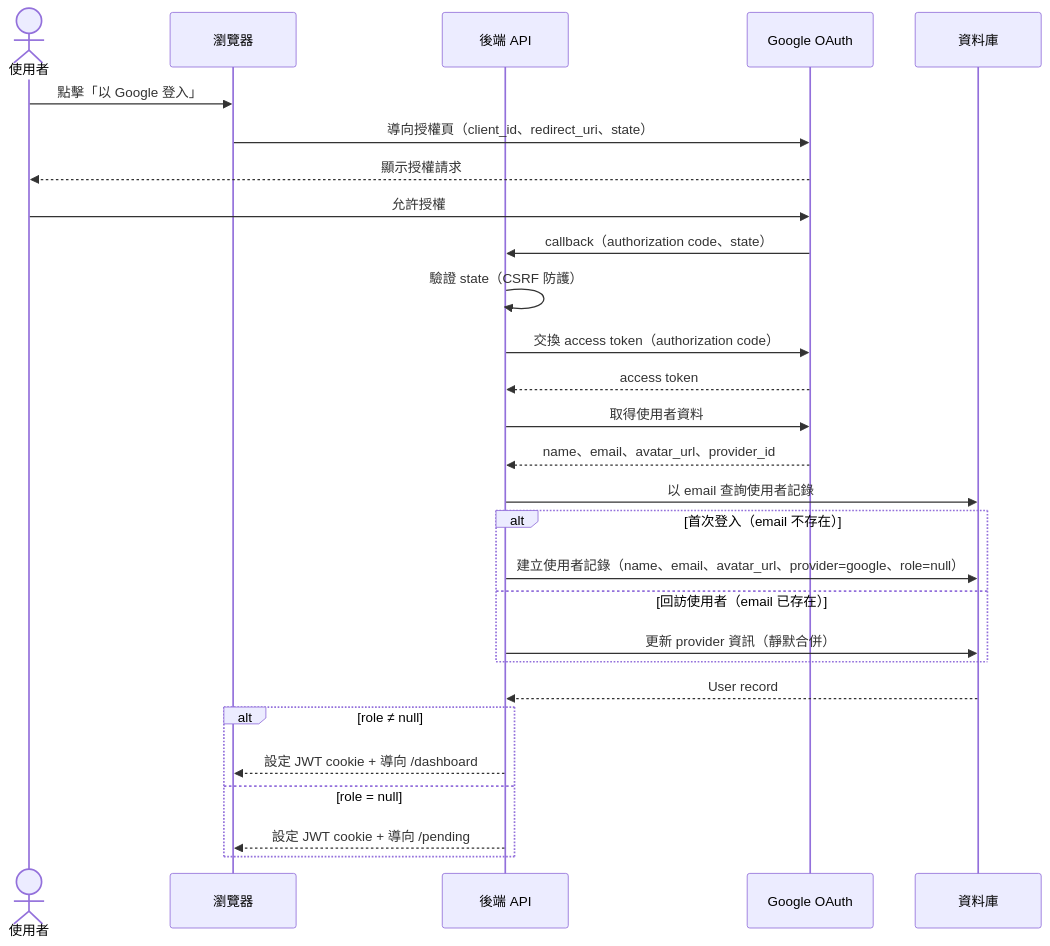
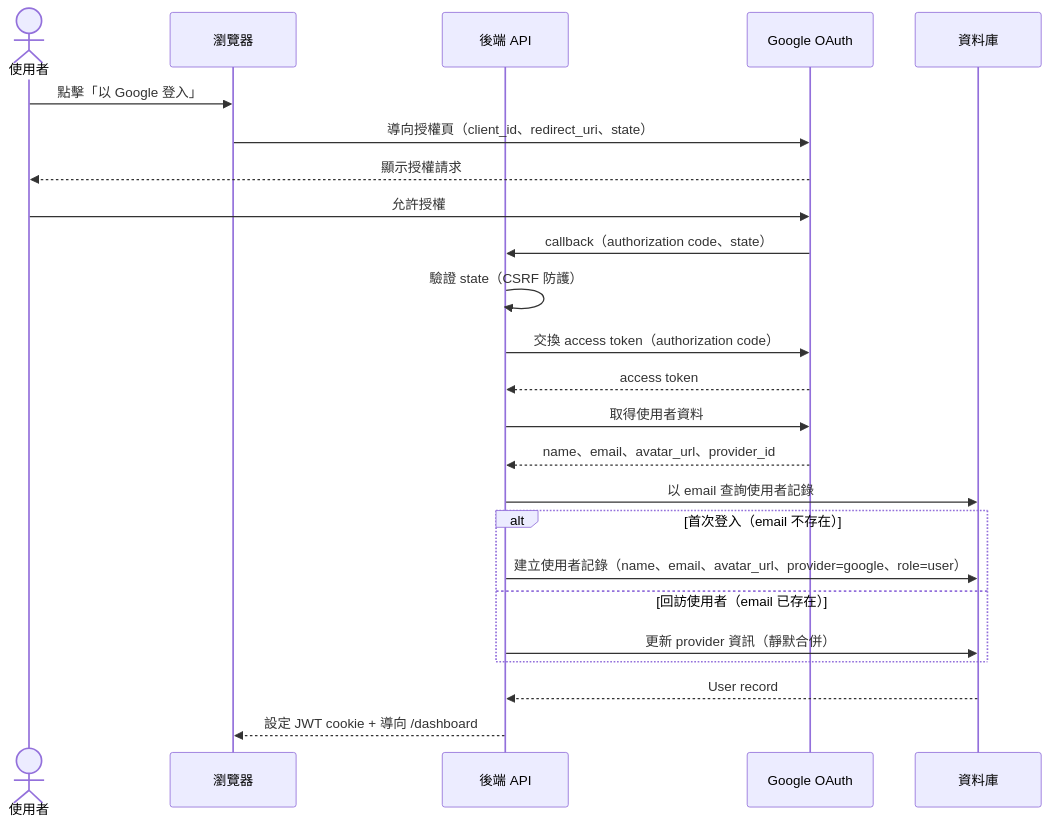
One commit to singyichen/label-suite changed the first of 2 diagrams in specs/account/002-login-google-sso/spec.md. Above: the diagram before and after it, drawn with Mermaid. The commit also changed other lines of this file and 11 other files, not shown here.

First line of the commit message:
refactor: remove pending state — all registered users get user role immediately

````diff
--- a/specs/account/002-login-google-sso/spec.md
+++ b/specs/account/002-login-google-sso/spec.md
@@ -12,33 +12,29 @@
 ```mermaid
 sequenceDiagram
     actor 使用者
     participant 瀏覽器
     participant 後端API as 後端 API
     participant Google as Google OAuth
     participant 資料庫
 
     使用者->>瀏覽器: 點擊「以 Google 登入」
     瀏覽器->>Google: 導向授權頁（client_id、redirect_uri、state）
     Google-->>使用者: 顯示授權請求
     使用者->>Google: 允許授權
     Google->>後端API: callback（authorization code、state）
     後端API->>後端API: 驗證 state（CSRF 防護）
     後端API->>Google: 交換 access token（authorization code）
     Google-->>後端API: access token
     後端API->>Google: 取得使用者資料
     Google-->>後端API: name、email、avatar_url、provider_id
 
     後端API->>資料庫: 以 email 查詢使用者記錄
     alt 首次登入（email 不存在）
-        後端API->>資料庫: 建立使用者記錄（name、email、avatar_url、provider=google、role=null）
+        後端API->>資料庫: 建立使用者記錄（name、email、avatar_url、provider=google、role=user）
     else 回訪使用者（email 已存在）
         後端API->>資料庫: 更新 provider 資訊（靜默合併）
     end
     資料庫-->>後端API: User record
 
-    alt role ≠ null
-        後端API-->>瀏覽器: 設定 JWT cookie + 導向 /dashboard
-    else role = null
-        後端API-->>瀏覽器: 設定 JWT cookie + 導向 /pending
-    end
+    後端API-->>瀏覽器: 設定 JWT cookie + 導向 /dashboard
 ```
````
